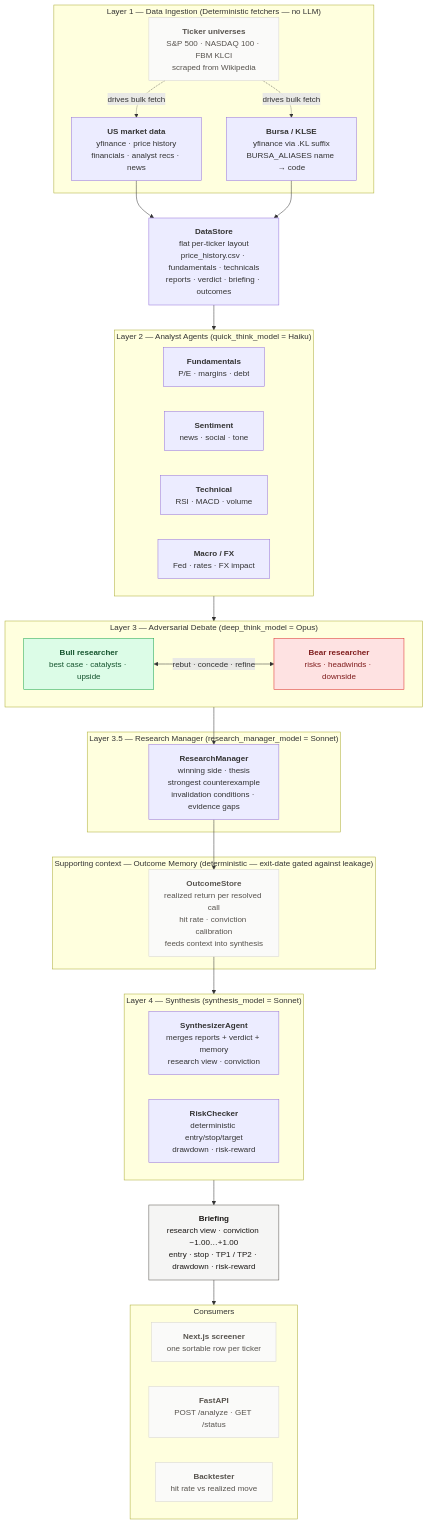
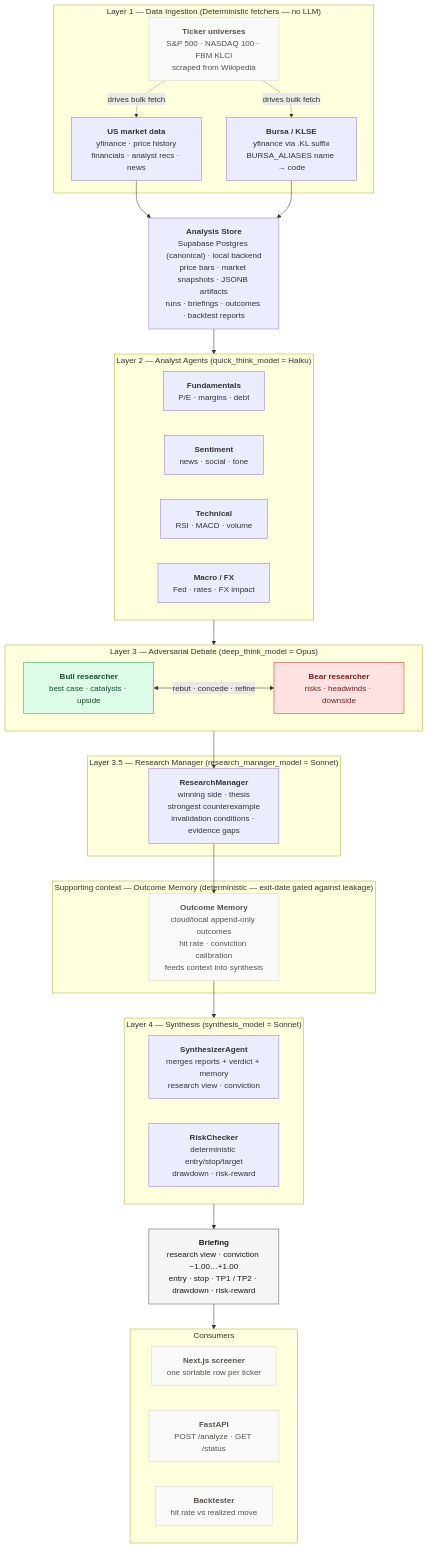
One commit to KelvinYou/ai-stock-analysis changed the diagram in architecture.md. Above: the diagram before and after it, drawn with Mermaid. The commit also changed 80 other files, not shown here.

First line of the commit message:
feat: add Supabase cloud storage backend, factor backtesting, and watchlist

````diff
--- a/architecture.md
+++ b/architecture.md
@@ -3,74 +3,74 @@
 ```mermaid
 flowchart TD
 
     subgraph L1["Layer 1 — Data Ingestion (Deterministic fetchers — no LLM)"]
         UNI["<b>Ticker universes</b><br/>S&amp;P 500 · NASDAQ 100 · FBM KLCI<br/>scraped from Wikipedia"]
         US["<b>US market data</b><br/>yfinance · price history<br/>financials · analyst recs · news"]
         MY["<b>Bursa / KLSE</b><br/>yfinance via .KL suffix<br/>BURSA_ALIASES name → code"]
     end
 
     UNI -.->|"drives bulk fetch"| US
     UNI -.->|"drives bulk fetch"| MY
-    SDL["<b>DataStore</b><br/>flat per-ticker layout<br/>price_history.csv · fundamentals · technicals<br/>reports · verdict · briefing · outcomes"]
+    SDL["<b>Analysis Store</b><br/>Supabase Postgres (canonical) · local backend<br/>price bars · market snapshots · JSONB artifacts<br/>runs · briefings · outcomes · backtest reports"]
     US --> SDL
     MY --> SDL
 
     subgraph L2["Layer 2 — Analyst Agents (quick_think_model = Haiku)"]
         direction LR
         FUN["<b>Fundamentals</b><br/>P/E · margins · debt"]
         SEN["<b>Sentiment</b><br/>news · social · tone"]
         TEC["<b>Technical</b><br/>RSI · MACD · volume"]
         MAC["<b>Macro / FX</b><br/>Fed · rates · FX impact"]
     end
 
     SDL --> L2
 
     subgraph L3["Layer 3 — Adversarial Debate (deep_think_model = Opus)"]
         direction LR
         BULL["<b>Bull researcher</b><br/>best case · catalysts · upside"]
         BEAR["<b>Bear researcher</b><br/>risks · headwinds · downside"]
         BULL <-->|"rebut · concede · refine"| BEAR
     end
 
     L2 --> L3
 
     subgraph L35["Layer 3.5 — Research Manager (research_manager_model = Sonnet)"]
         RM["<b>ResearchManager</b><br/>winning side · thesis<br/>strongest counterexample<br/>invalidation conditions · evidence gaps"]
     end
 
     L3 --> RM
 
     subgraph CTX["Supporting context — Outcome Memory (deterministic — exit-date gated against leakage)"]
-        MEM["<b>OutcomeStore</b><br/>realized return per resolved call<br/>hit rate · conviction calibration<br/>feeds context into synthesis"]
+        MEM["<b>Outcome Memory</b><br/>cloud/local append-only outcomes<br/>hit rate · conviction calibration<br/>feeds context into synthesis"]
     end
 
     RM --> MEM
 
     subgraph L4["Layer 4 — Synthesis (synthesis_model = Sonnet)"]
         direction LR
         SYN["<b>SynthesizerAgent</b><br/>merges reports + verdict + memory<br/>research view · conviction"]
         RISK["<b>RiskChecker</b><br/>deterministic entry/stop/target<br/>drawdown · risk-reward"]
     end
 
     MEM --> L4
 
     OUT["<b>Briefing</b><br/>research view · conviction −1.00…+1.00<br/>entry · stop · TP1 / TP2 · drawdown · risk-reward"]
     L4 --> OUT
 
     subgraph CONSUMERS["Consumers"]
         direction LR
         DASH["<b>Next.js screener</b><br/>one sortable row per ticker"]
         API["<b>FastAPI</b><br/>POST /analyze · GET /status"]
         BT["<b>Backtester</b><br/>hit rate vs realized move"]
     end
     OUT --> CONSUMERS
 
     style UNI fill:#fafaf9,stroke:#d6d3d1,color:#57534e
     style BULL fill:#dcfce7,stroke:#16a34a,color:#14532d
     style BEAR fill:#fee2e2,stroke:#dc2626,color:#7f1d1d
     style MEM fill:#fafaf9,stroke:#d6d3d1,color:#57534e
     style OUT fill:#f5f5f4,stroke:#57534e,color:#1c1917
     style DASH fill:#fafaf9,stroke:#d6d3d1,color:#57534e
     style API fill:#fafaf9,stroke:#d6d3d1,color:#57534e
     style BT fill:#fafaf9,stroke:#d6d3d1,color:#57534e
 ```
````
